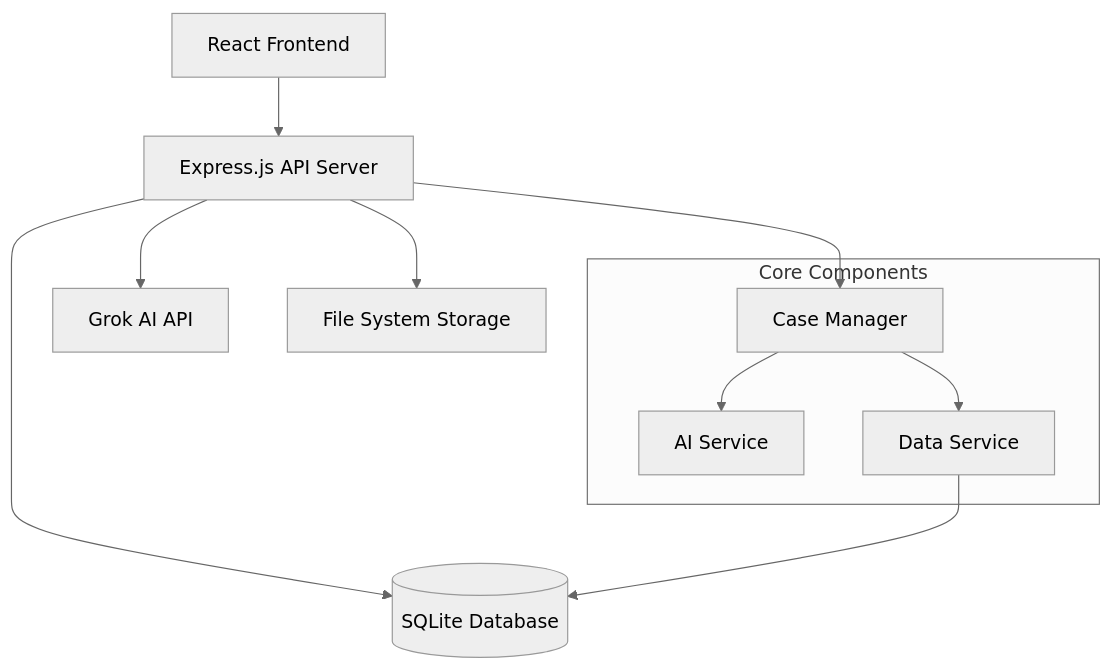
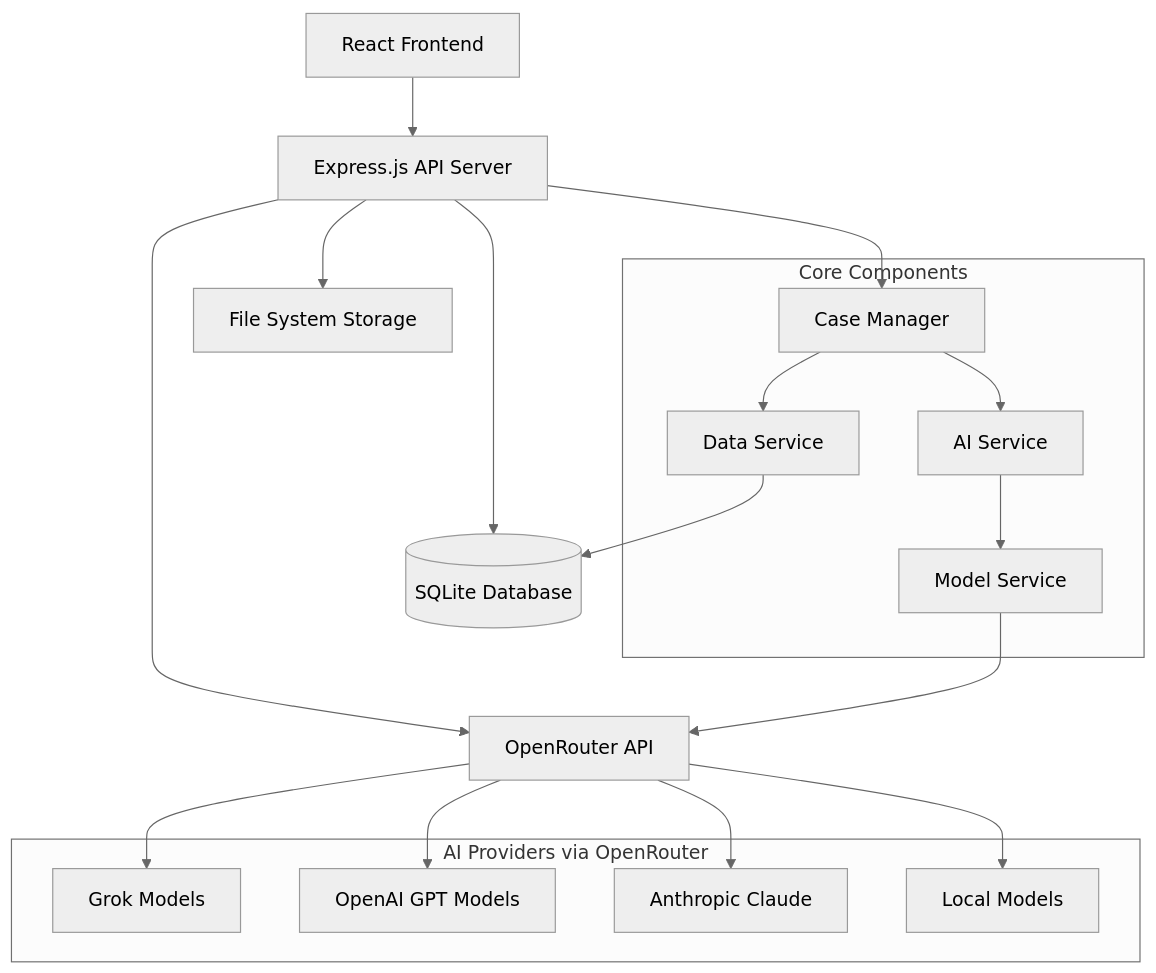
The diagram in .kiro/specs/ai-case-management/design.md (AStandal/cm-mvp), drawn with Mermaid (neutral theme) before and after one commit. The commit also changed other lines of this file and 2 other files, not shown here.

Commit message:
Added requirement 5 and 6 for Openrouter support and AI evaluation flows. Next up is reordering tasks.

````diff
--- a/.kiro/specs/ai-case-management/design.md
+++ b/.kiro/specs/ai-case-management/design.md
@@ -18,18 +18,33 @@
 ```mermaid
 graph TB
     UI[React Frontend] --> API[Express.js API Server]
     API --> DB[(SQLite Database)]
-    API --> AI[Grok AI API]
+    API --> OR[OpenRouter API]
     API --> FS[File System Storage]
+    
+    subgraph "AI Providers via OpenRouter"
+        GROK[Grok Models]
+        GPT[OpenAI GPT Models]
+        CLAUDE[Anthropic Claude]
+        LOCAL[Local Models]
+    end
+    
+    OR --> GROK
+    OR --> GPT
+    OR --> CLAUDE
+    OR --> LOCAL
     
     subgraph "Core Components"
         CM[Case Manager]
         AS[AI Service]
+        MS[Model Service]
         DS[Data Service]
     end
     
     API --> CM
     CM --> AS
+    AS --> MS
+    MS --> OR
     CM --> DS
     DS --> DB
 ```
````
